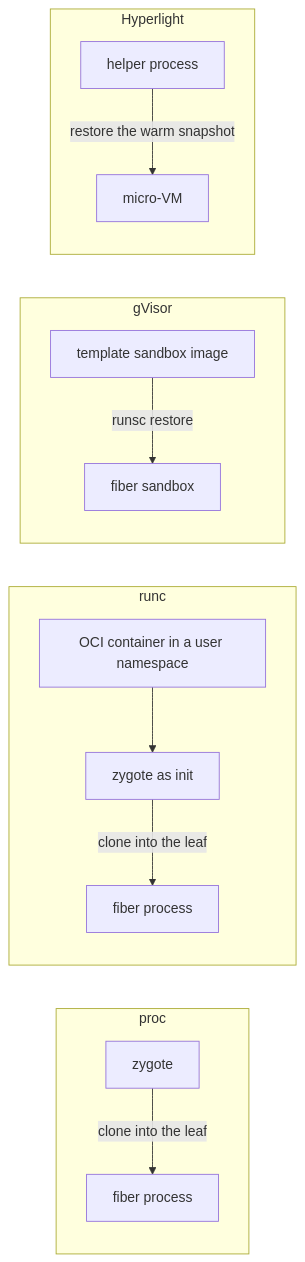
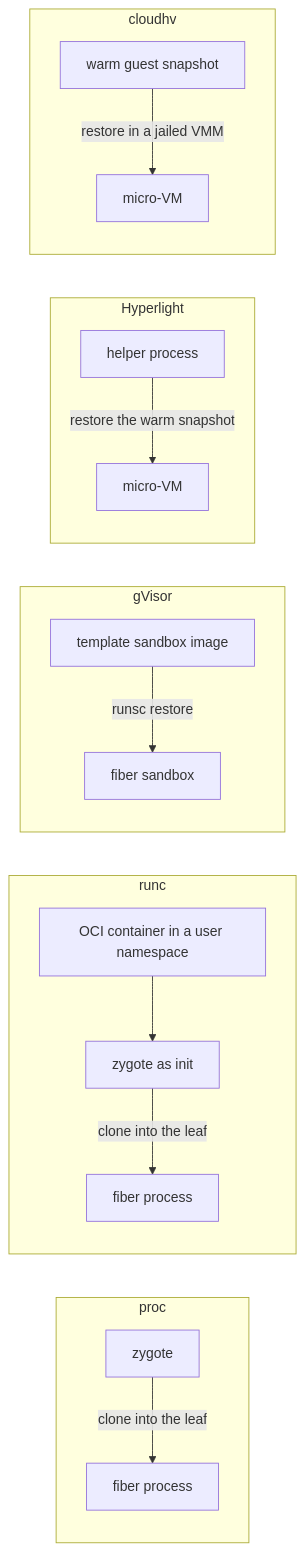
Before and after one commit to helayoty/fiberd: the diagram in docs/design/backends.md, drawn with Mermaid. The commit also changed other lines of this file and 5 other files, not shown here.

````diff
--- a/docs/design/backends.md
+++ b/docs/design/backends.md
@@ -26,15 +26,18 @@
 ```mermaid
 flowchart LR
   subgraph proc["proc"]
     Z1[zygote] -->|clone into the leaf| F1[fiber process]
   end
   subgraph runc["runc"]
     C["OCI container in a user namespace"] --> Z2[zygote as init] -->|clone into the leaf| F2[fiber process]
   end
   subgraph gvisor["gVisor"]
     T3[template sandbox image] -->|runsc restore| F3[fiber sandbox]
   end
   subgraph hyperlight["Hyperlight"]
     H[helper process] -->|restore the warm snapshot| F4[micro-VM]
   end
+  subgraph cloudhv["cloudhv"]
+    S5[warm guest snapshot] -->|restore in a jailed VMM| F5[micro-VM]
+  end
 ```
````
